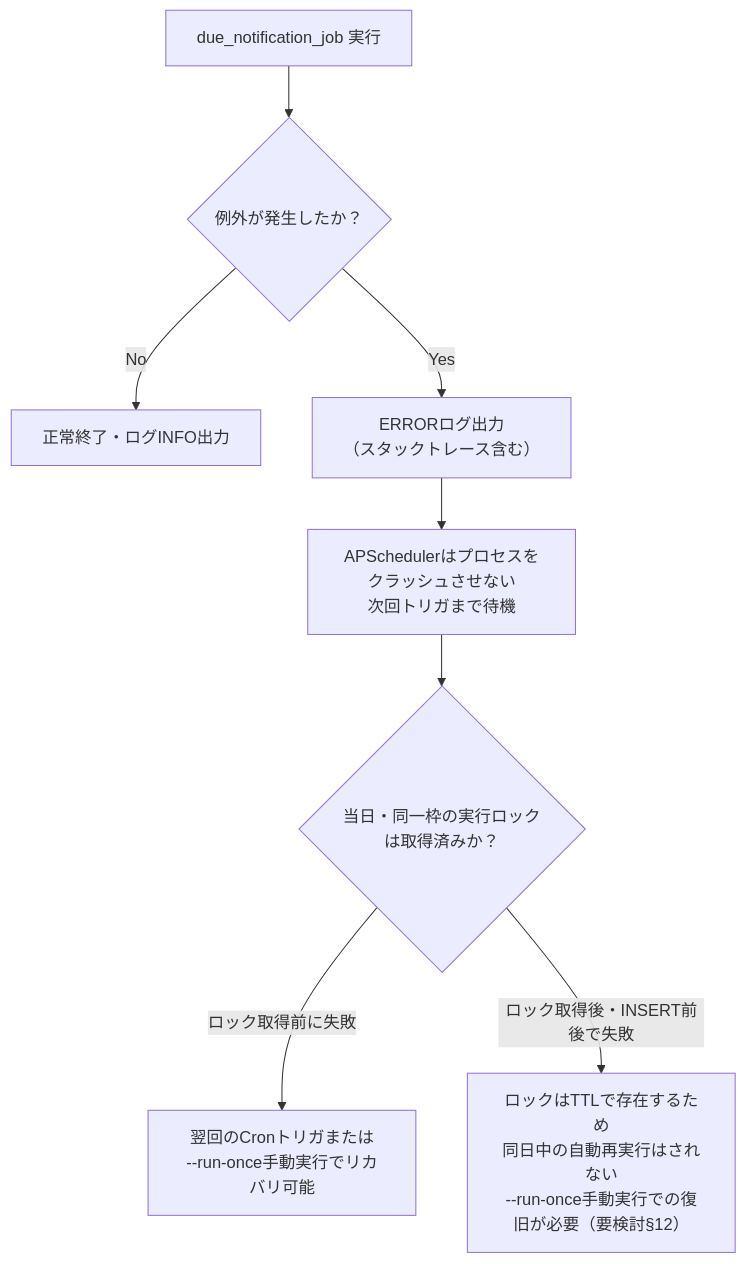
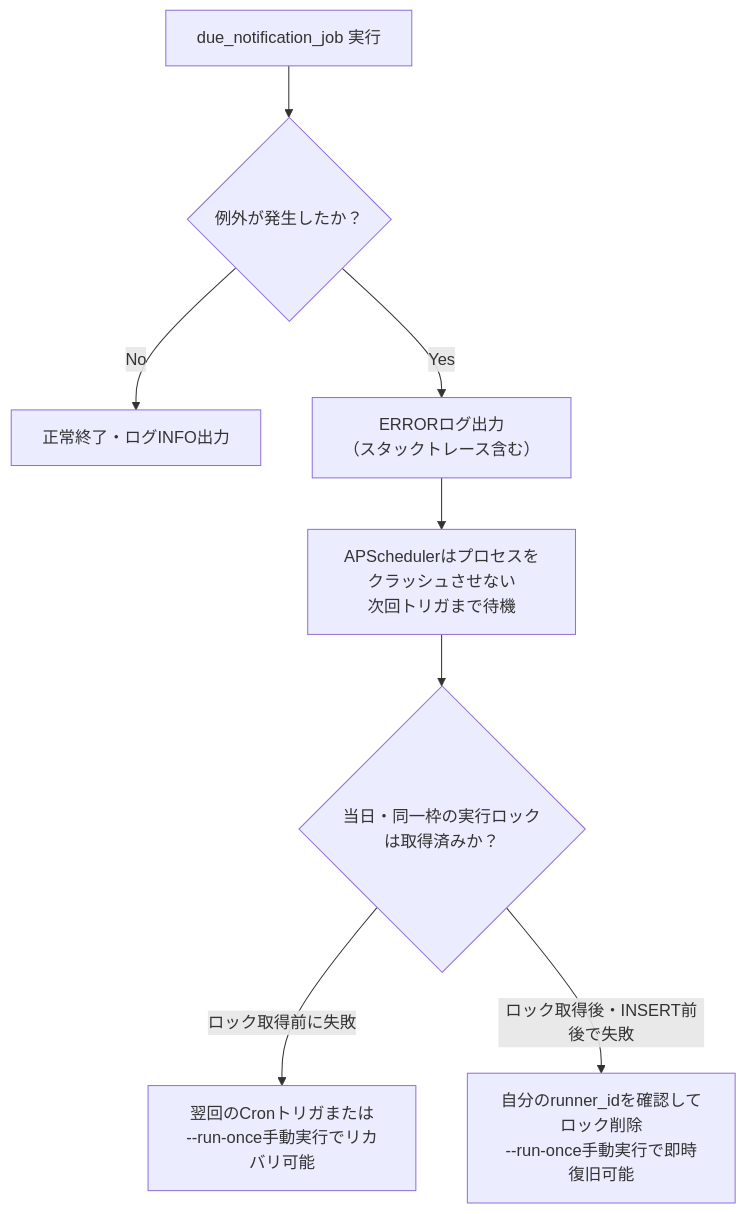
Before and after one commit to oikawa-d/task_management: the fourth of 4 diagrams in detailed_design/batch/01_scheduler.md, drawn with Mermaid. The commit also changed other lines of this file and 19 other files, not shown here.

````diff
--- a/detailed_design/batch/01_scheduler.md
+++ b/detailed_design/batch/01_scheduler.md
@@ -146,10 +146,10 @@
 ```mermaid
 flowchart TB
     A["due_notification_job 実行"] --> B{"例外が発生したか？"}
     B -->|No| C["正常終了・ログINFO出力"]
     B -->|Yes| D["ERRORログ出力<br/>（スタックトレース含む）"]
     D --> E["APSchedulerはプロセスをクラッシュさせない<br/>次回トリガまで待機"]
     E --> F{"当日・同一枠の実行ロックは取得済みか？"}
     F -->|"ロック取得前に失敗"| G["翌回のCronトリガまたは<br/>--run-once手動実行でリカバリ可能"]
-    F -->|"ロック取得後・INSERT前後で失敗"| H["ロックはTTLで存在するため<br/>同日中の自動再実行はされない<br/>--run-once手動実行での復旧が必要（要検討§12）"]
+    F -->|"ロック取得後・INSERT前後で失敗"| H["自分のrunner_idを確認してロック削除<br/>--run-once手動実行で即時復旧可能"]
 ```
````
